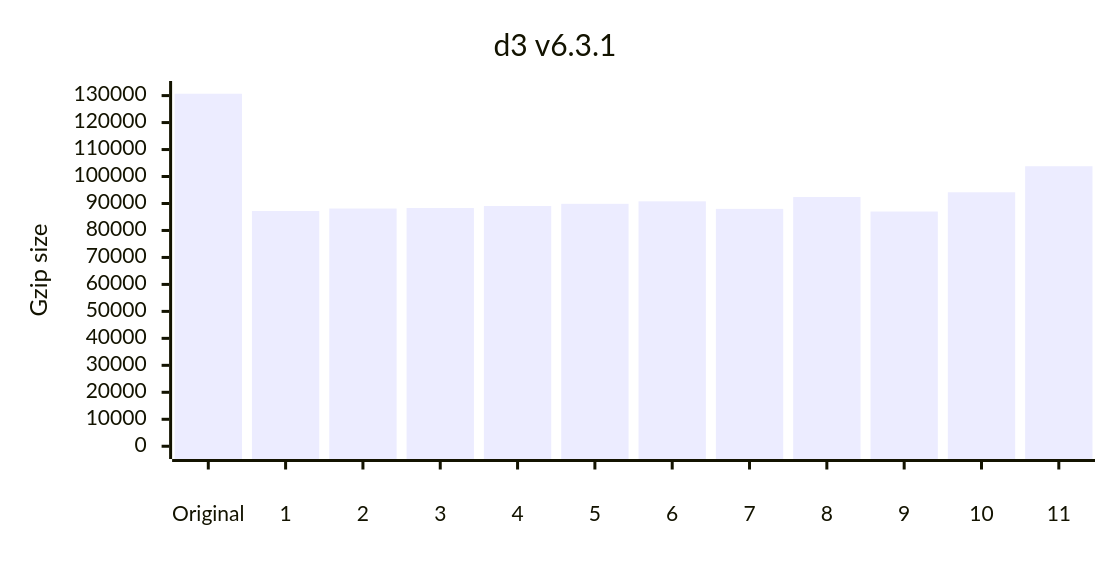
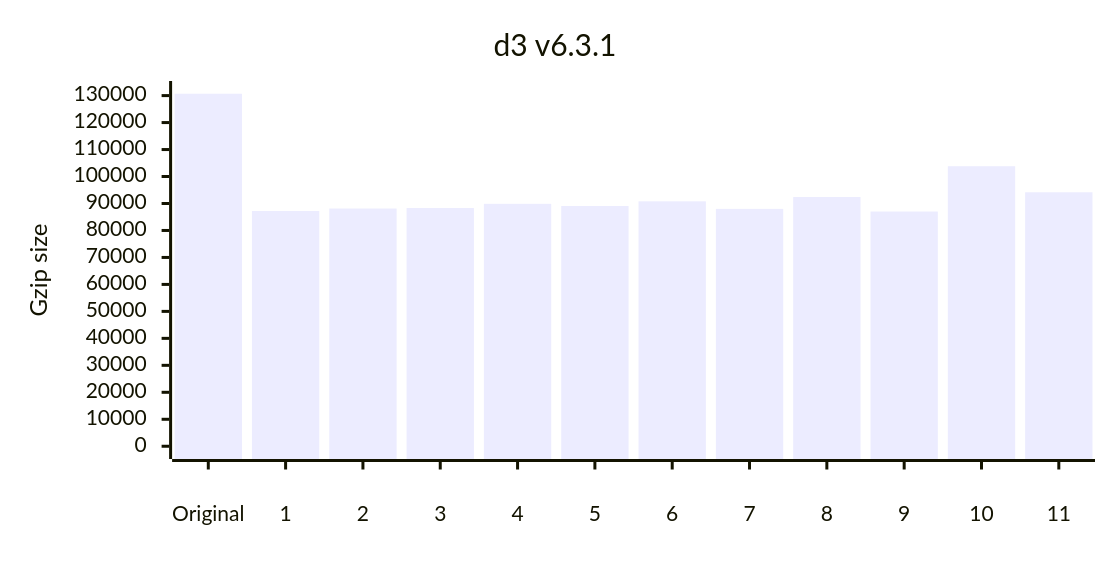
One commit to privatenumber/minification-benchmarks changed the sixth of 12 diagrams in README.md. Above: the diagram before and after it, drawn with Mermaid. The commit also changed other lines of this file, not shown here.

````diff
--- a/README.md
+++ b/README.md
@@ -291,17 +291,17 @@
 ```mermaid
 ---
 config:
     xyChart:
         width: 720
         height: 360
         xAxis:
             labelPadding: 20
         yAxis:
             labelPadding: 10
 ---
 xychart-beta
 	title "d3 v6.3.1"
 	x-axis ["Original",1,2,3,4,5,6,7,8,9,10,11]
 	y-axis "Gzip size" 0 --> 130686
-	bar [130686,87205,88140,88319,89069,89882,90800,87997,92395,87016,94166,103813]
+	bar [130686,87205,88140,88319,89882,89069,90800,87997,92395,87016,103813,94166]
 ```
````
